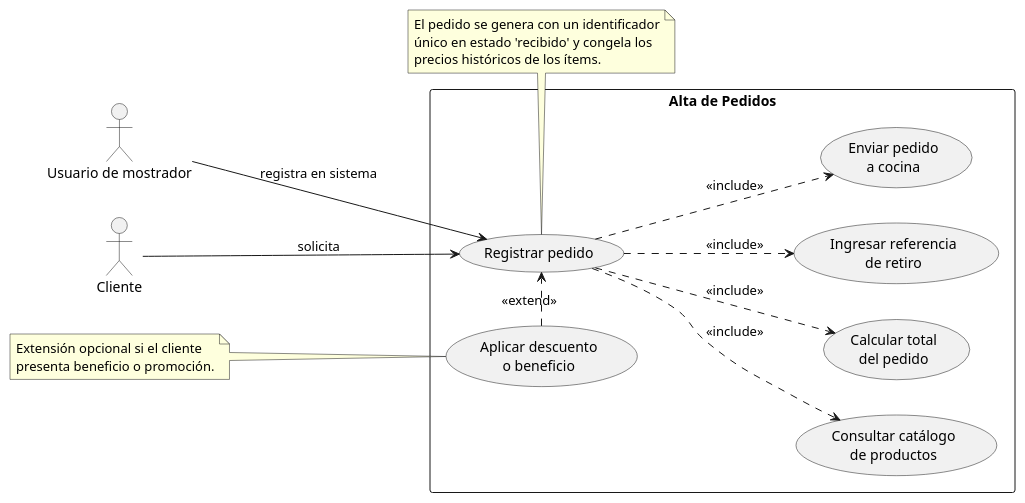
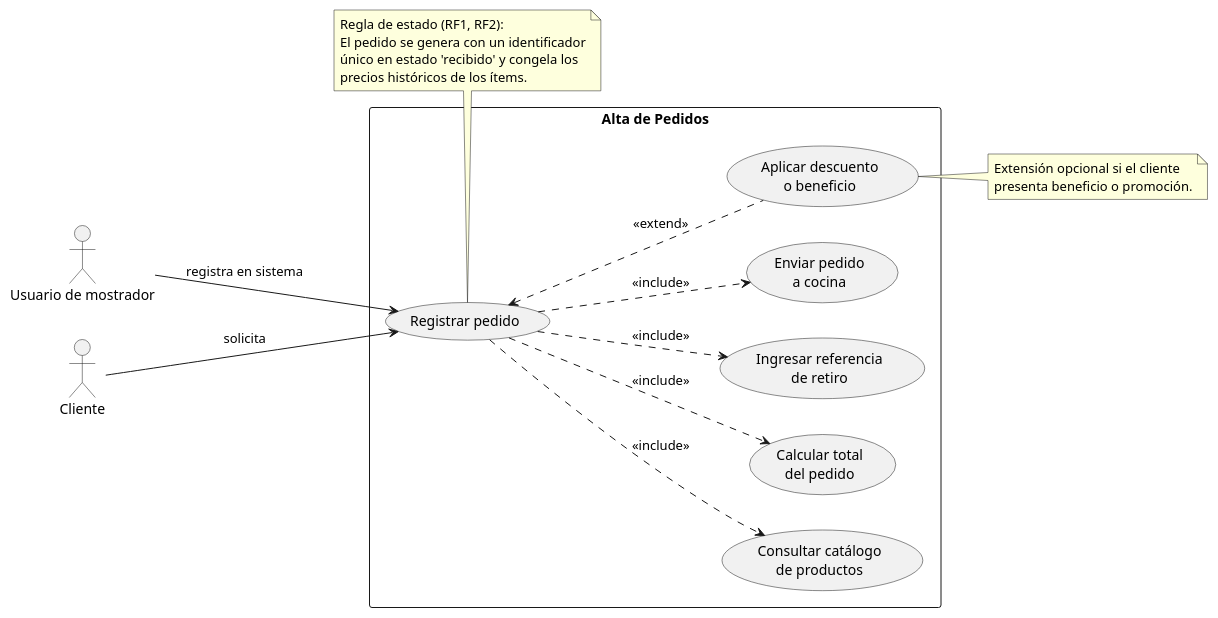
Before and after one commit to cmariano93-netizen/SistemaPedidos: the diagram in diagramas/02-casos-de-uso/02-registrar-pedido.puml, drawn with PlantUML. The commit also changed 14 other files, not shown here.

First line of the commit message:
fix: alinear reglas de estado en diagramas de casos de uso (RC5)

```diff
--- a/diagramas/02-casos-de-uso/02-registrar-pedido.puml
+++ b/diagramas/02-casos-de-uso/02-registrar-pedido.puml
@@ -1,35 +1,39 @@
 @startuml
 left to right direction
+skinparam packageStyle rectangle
+skinparam shadowing false
 
 actor "Usuario de mostrador" as Mostrador
 actor "Cliente" as Cliente
 
 rectangle "Alta de Pedidos" {
   usecase "Registrar pedido" as UC_Registrar
   usecase "Consultar catálogo\nde productos" as UC_Catalogo
   usecase "Calcular total\ndel pedido" as UC_Total
   usecase "Ingresar referencia\nde retiro" as UC_Referencia
   usecase "Enviar pedido\na cocina" as UC_EnviarCocina
   usecase "Aplicar descuento\no beneficio" as UC_Descuento
 }
 
 Cliente --> UC_Registrar : solicita
 Mostrador --> UC_Registrar : registra en sistema
 
-UC_Registrar -d.> UC_Catalogo : <<include>>
-UC_Registrar -d.> UC_Total : <<include>>
-UC_Registrar -d.> UC_Referencia : <<include>>
-UC_Registrar -d.> UC_EnviarCocina : <<include>>
-UC_Descuento .> UC_Registrar : <<extend>>
+UC_Registrar ..> UC_Catalogo : <<include>>
+UC_Registrar ..> UC_Total : <<include>>
+UC_Registrar ..> UC_Referencia : <<include>>
+UC_Registrar ..> UC_EnviarCocina : <<include>>
+
+UC_Registrar <.. UC_Descuento : <<extend>>
 
 note bottom of UC_Registrar
+  Regla de estado (RF1, RF2):
   El pedido se genera con un identificador
   único en estado 'recibido' y congela los
   precios históricos de los ítems.
 end note
 
-note left of UC_Descuento
+note right of UC_Descuento
   Extensión opcional si el cliente
   presenta beneficio o promoción.
 end note
 @enduml
```
